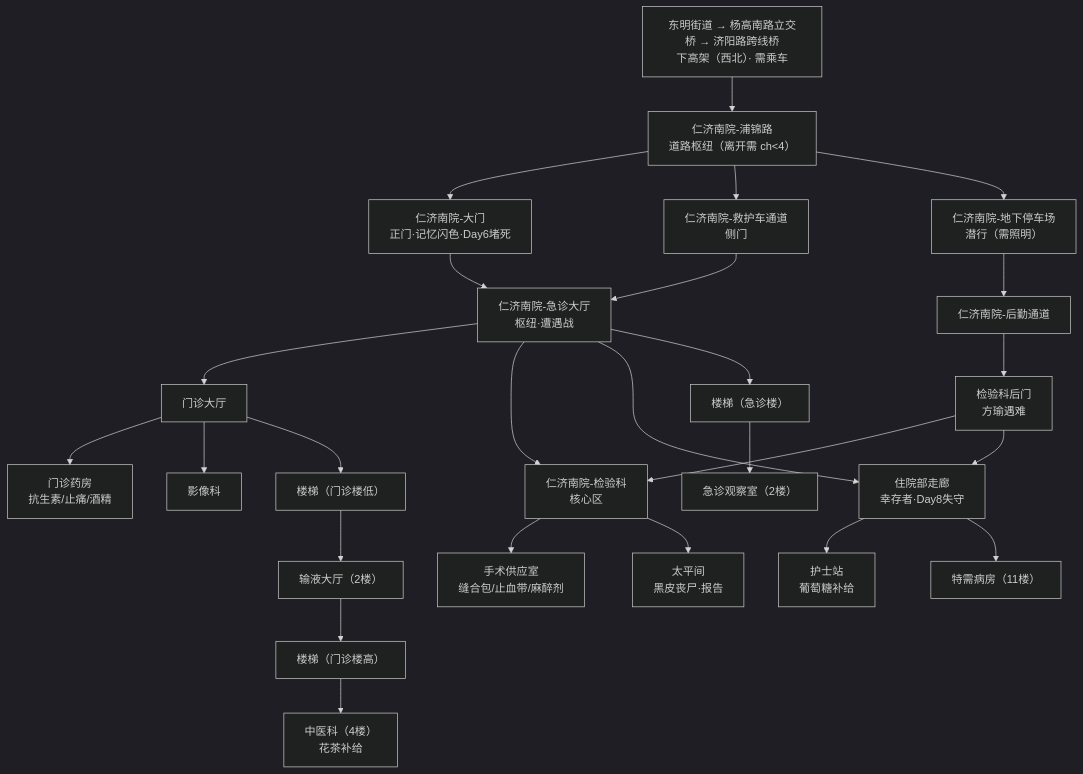
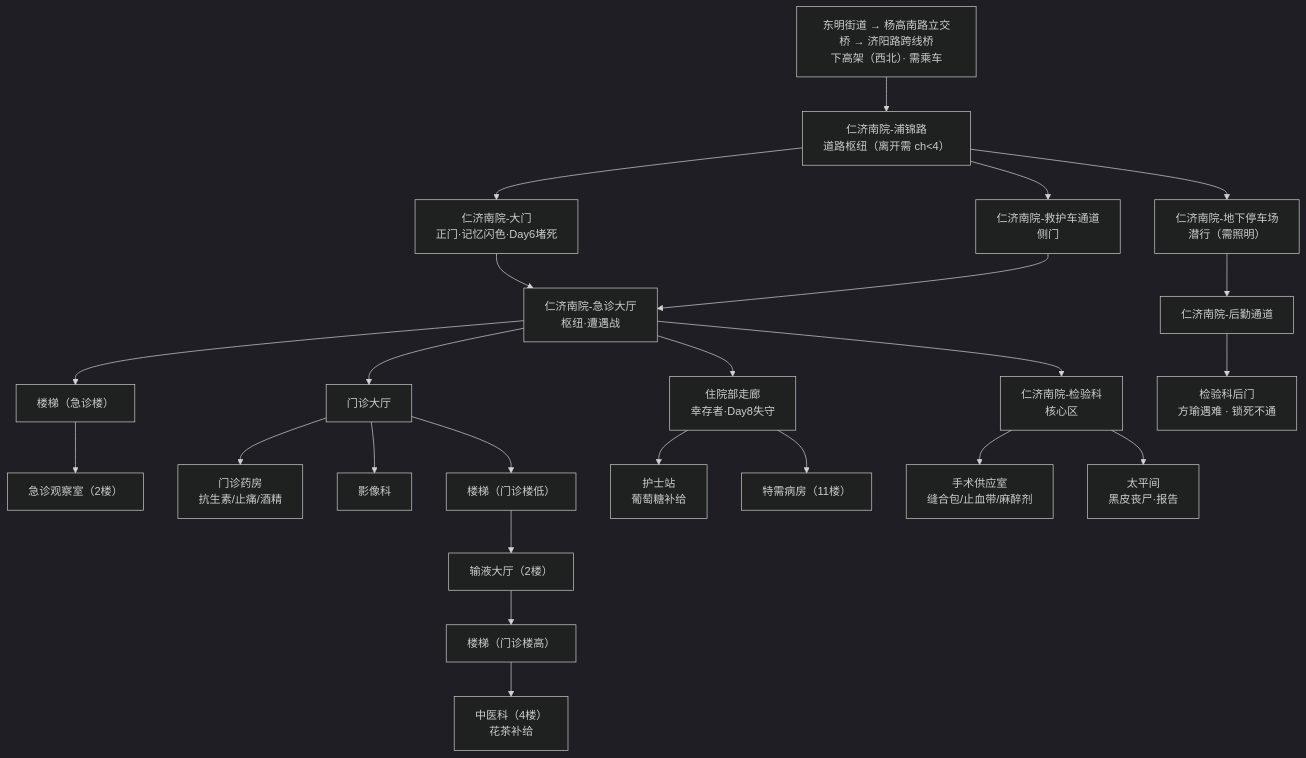
One commit to bobomymz/Plot-Game changed the diagram in 仁济南院设计稿.md. Above: the diagram before and after it, drawn with Mermaid (dark theme). The commit also changed other lines of this file and 5 other files, not shown here.

````diff
--- a/仁济南院设计稿.md
+++ b/仁济南院设计稿.md
@@ -111,35 +111,33 @@
 ```mermaid
 flowchart TD
     START["东明街道 → 杨高南路立交桥 → 济阳路跨线桥<br/>下高架（西北）· 需乘车"] --> RIVER["仁济南院-浦锦路<br/>道路枢纽（离开需 ch<4）"]
 
     RIVER --> MAIN["仁济南院-大门<br/>正门·记忆闪色·Day6堵死"]
     RIVER --> AMB["仁济南院-救护车通道<br/>侧门"]
     RIVER --> PARK["仁济南院-地下停车场<br/>潜行（需照明）"]
 
     MAIN --> ER["仁济南院-急诊大厅<br/>枢纽·遭遇战"]
     AMB --> ER
     PARK --> CORRIDOR["仁济南院-后勤通道"]
 
     ER --> HALL["门诊大厅"]
     ER --> LAB["仁济南院-检验科<br/>核心区"]
     ER --> WARD["住院部走廊<br/>幸存者·Day8失守"]
     ER --> STAIR1["楼梯（急诊楼）"]
     STAIR1 --> OBS["急诊观察室（2楼）"]
 
     HALL --> PHARMACY["门诊药房<br/>抗生素/止痛/酒精"]
     HALL --> RADIO["影像科"]
     HALL --> STAIR2["楼梯（门诊楼低）"]
     STAIR2 --> INFUSION["输液大厅（2楼）"]
     INFUSION --> STAIR3["楼梯（门诊楼高）"]
     STAIR3 --> TCM["中医科（4楼）<br/>花茶补给"]
 
     WARD --> NURSE["护士站<br/>葡萄糖补给"]
     WARD --> VIP["特需病房（11楼）"]
 
     LAB --> SUPPLY["手术供应室<br/>缝合包/止血带/麻醉剂"]
     LAB --> MORGUE["太平间<br/>黑皮丧尸·报告"]
 
-    CORRIDOR --> BACK["检验科后门<br/>方瑜遇难"]
-    BACK --> LAB
-    BACK --> WARD
+    CORRIDOR --> BACK["检验科后门<br/>方瑜遇难 · 锁死不通"]
 ```
````
